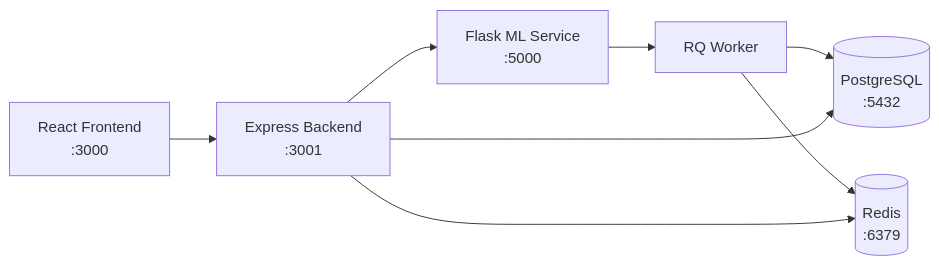
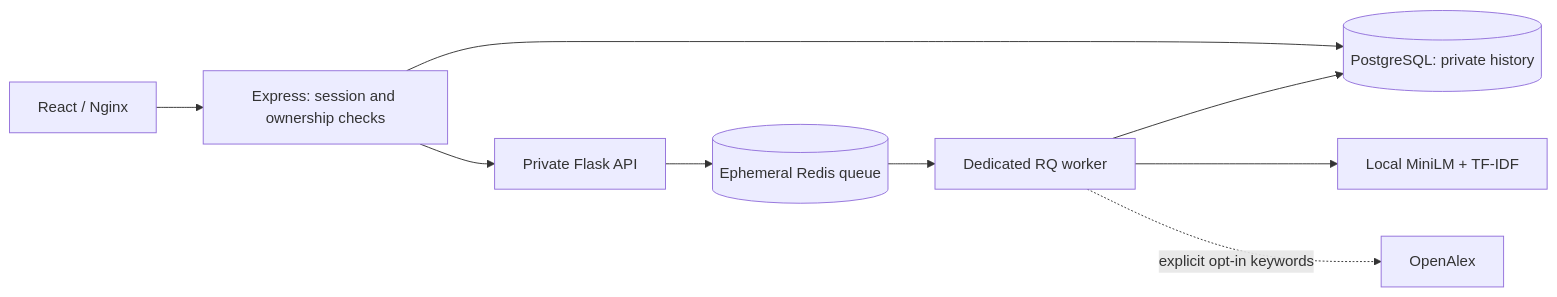
One commit to Bushra-git/Research-analyzer-V2 changed the diagram in README.md. Above: the diagram before and after it, drawn with Mermaid. The commit also changed other lines of this file and 72 other files, not shown here.

````diff
--- a/README.md
+++ b/README.md
@@ -7,10 +30,11 @@
 ```mermaid
-graph LR
-    A[React Frontend<br/>:3000] --> B[Express Backend<br/>:3001]
-    B --> C[Flask ML Service<br/>:5000]
-    C --> D[RQ Worker]
-    D --> E[(PostgreSQL<br/>:5432)]
-    D --> F[(Redis<br/>:6379)]
-    B --> E
-    B --> F
+flowchart LR
+  UI[React / Nginx] --> API[Express: session and ownership checks]
+  API --> DB[(PostgreSQL: private history)]
+  API --> ML[Private Flask API]
+  ML --> Q[(Ephemeral Redis queue)]
+  Q --> W[Dedicated RQ worker]
+  W --> M[Local MiniLM + TF-IDF]
+  W --> DB
+  W -. explicit opt-in keywords .-> OA[OpenAlex]
 ```
````
